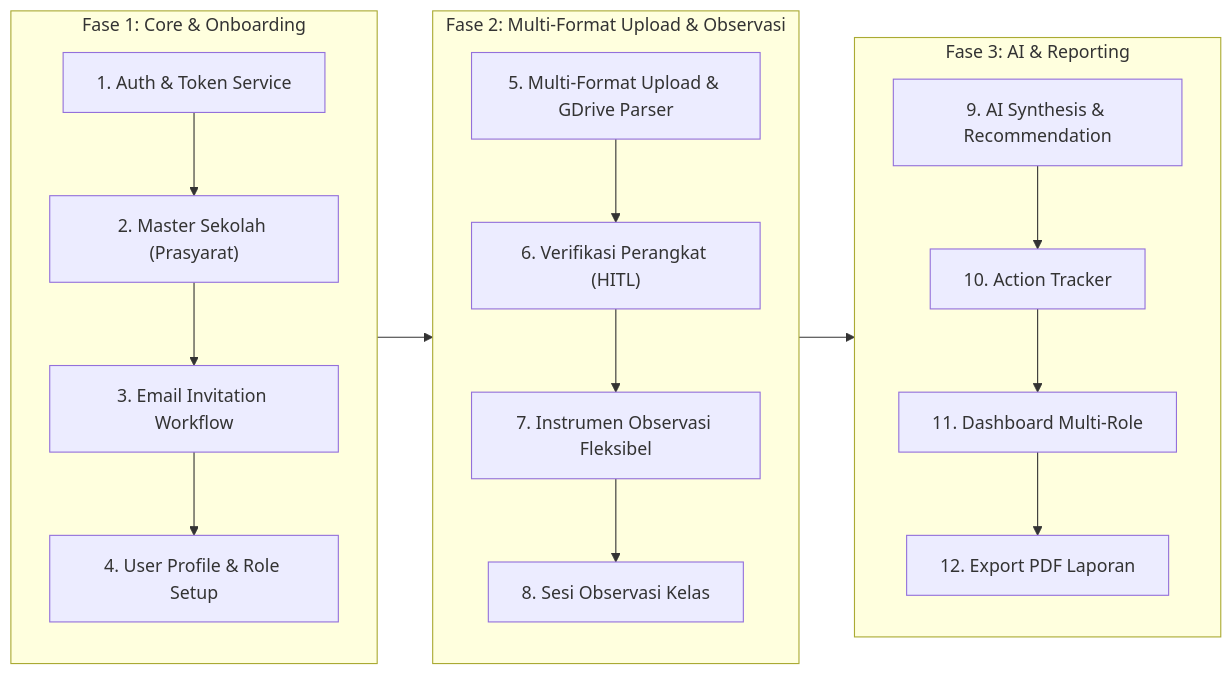
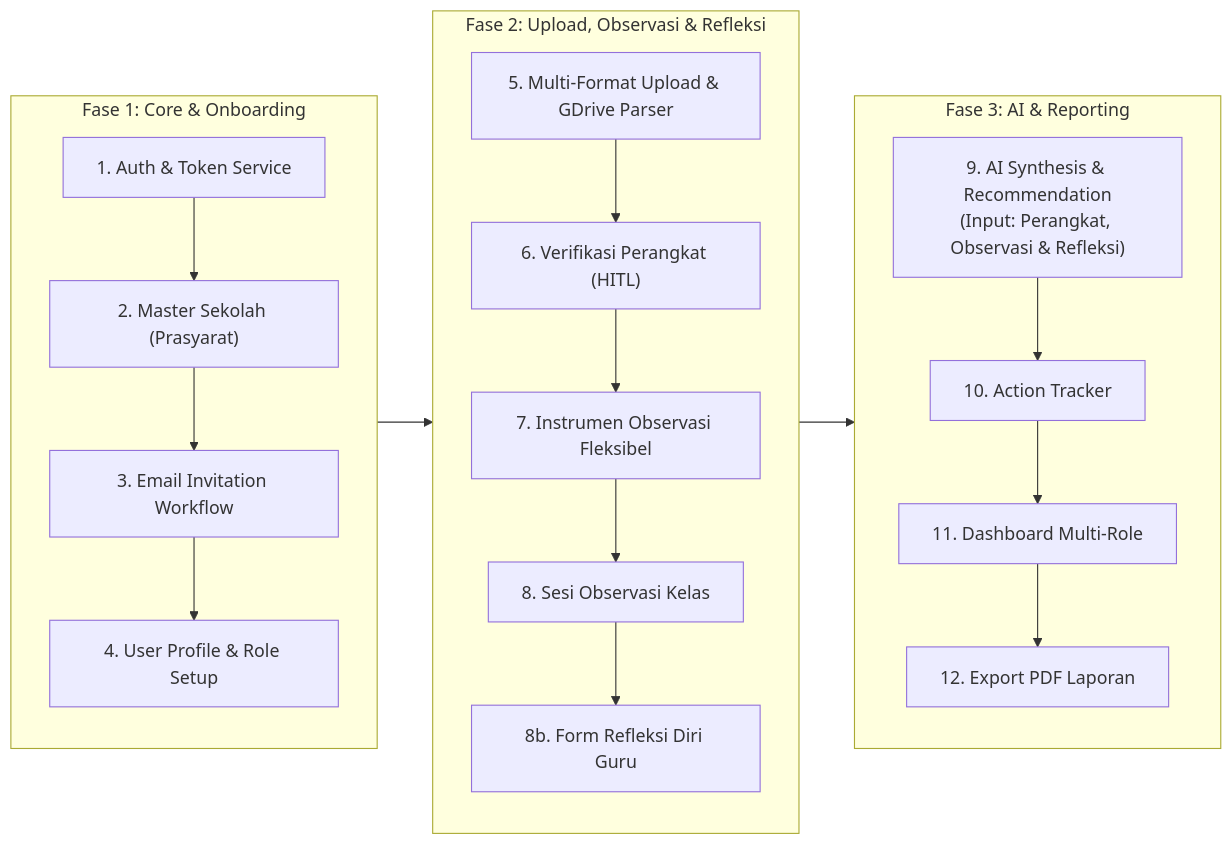
The diagram in docs/10-panduan-implementasi.md (Hnzsama/supervisi_sekolah), drawn with Mermaid before and after one commit. The commit also changed 13 other files, not shown here.

Commit message:
docs: tambahkan tahap refleksi guru pasca-observasi kelas dan pertimbangan tindak lanjut

````diff
--- a/docs/10-panduan-implementasi.md
+++ b/docs/10-panduan-implementasi.md
@@ -7,22 +7,23 @@
 ```mermaid
 flowchart LR
     subgraph PHASE1["Fase 1: Core & Onboarding"]
         P1["1. Auth & Token Service"] --> P2["2. Master Sekolah (Prasyarat)"]
         P2 --> P3["3. Email Invitation Workflow"]
         P3 --> P4["4. User Profile & Role Setup"]
     end
 
-    subgraph PHASE2["Fase 2: Multi-Format Upload & Observasi"]
+    subgraph PHASE2["Fase 2: Upload, Observasi & Refleksi"]
         P5["5. Multi-Format Upload & GDrive Parser"] --> P6["6. Verifikasi Perangkat (HITL)"]
         P6 --> P7["7. Instrumen Observasi Fleksibel"]
         P7 --> P8["8. Sesi Observasi Kelas"]
+        P8 --> P8B["8b. Form Refleksi Diri Guru"]
     end
 
     subgraph PHASE3["Fase 3: AI & Reporting"]
-        P9["9. AI Synthesis & Recommendation"] --> P10["10. Action Tracker"]
+        P9["9. AI Synthesis & Recommendation<br/>(Input: Perangkat, Observasi & Refleksi)"] --> P10["10. Action Tracker"]
         P10 --> P11["11. Dashboard Multi-Role"]
         P11 --> P12["12. Export PDF Laporan"]
     end
 
     PHASE1 --> PHASE2 --> PHASE3
 ```
````
